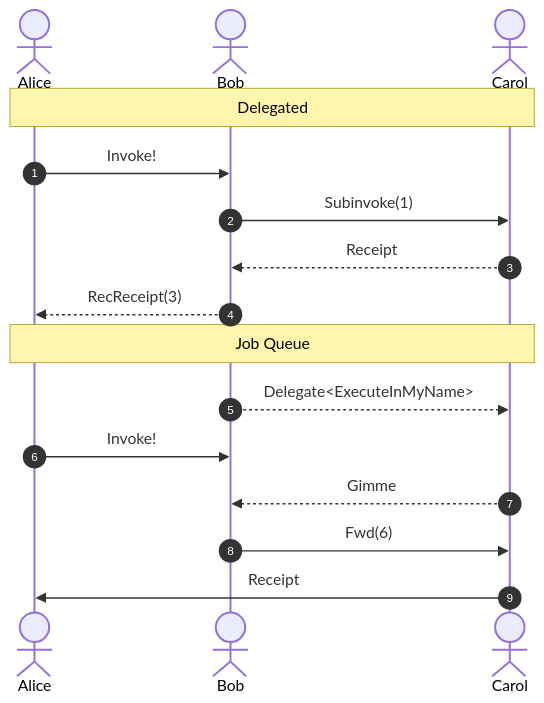
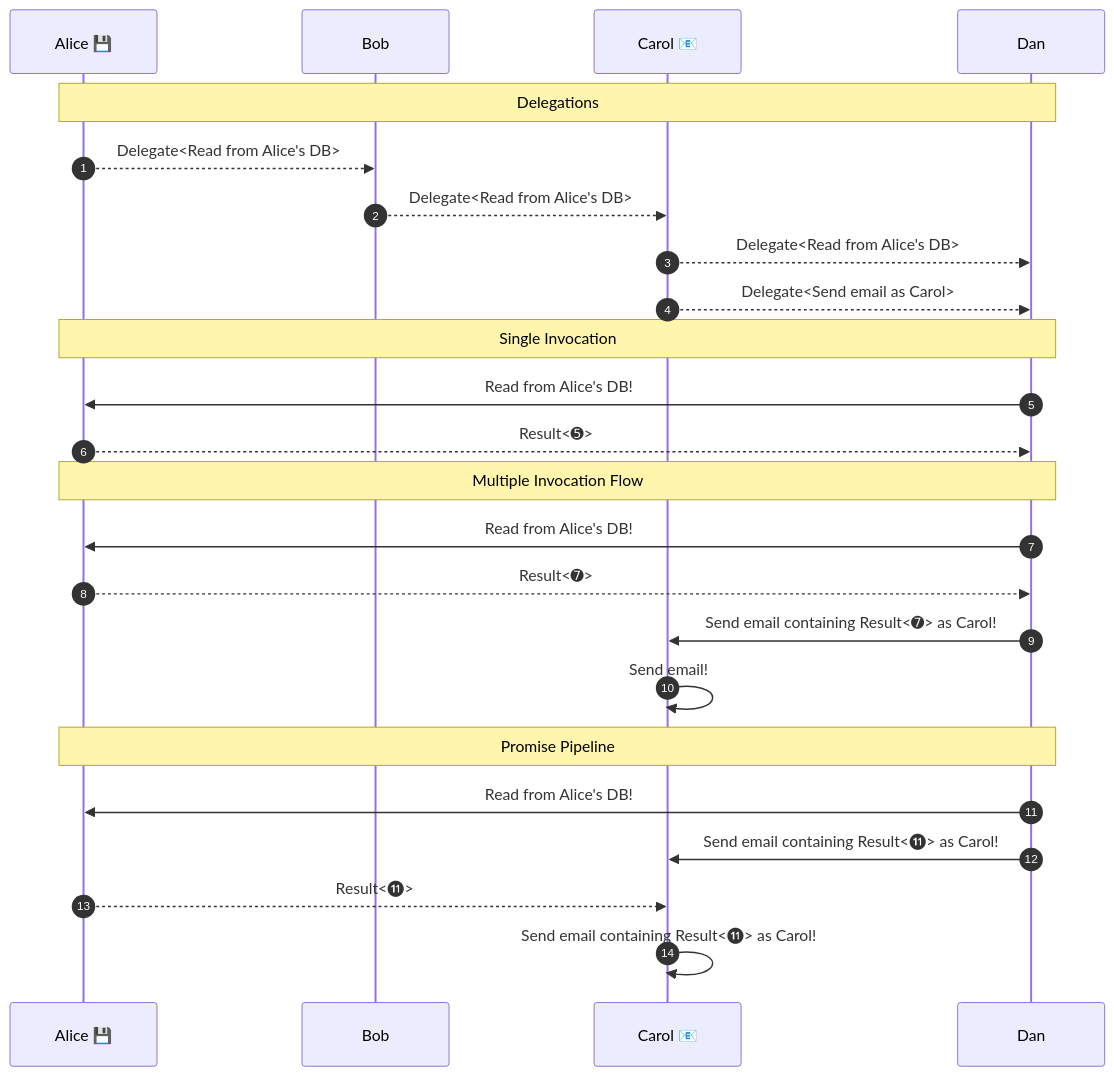
One commit to ucan-wg/promise changed the diagram in README.md. Above: the diagram before and after it, drawn with Mermaid. The commit also changed other lines of this file, not shown here.

Commit message:
Add diagram

````diff
--- a/README.md
+++ b/README.md
@@ -362,21 +62,31 @@
-```mermaid
+``` mermaid
 sequenceDiagram
-    actor Alice
-    actor Bob
-    actor Carol
+    participant Alice 💾
+    participant Bob
+    participant Carol 📧
+    participant Dan
 
     autonumber
 
-    Note over Alice, Carol: Delegated
-    Alice ->> Bob: Invoke!
-    Bob ->> Carol: Subinvoke(1)
-    Carol -->> Bob: Receipt
-    Bob -->> Alice: RecReceipt(3)
+    Note over Alice 💾, Dan: Delegations
+        Alice 💾 -->> Bob:      Delegate<Read from Alice's DB>
+        Bob      -->> Carol 📧: Delegate<Read from Alice's DB>
+        Carol 📧 -->> Dan:      Delegate<Read from Alice's DB>
+        Carol 📧 -->> Dan:      Delegate<Send email as Carol>
 
-    Note over Alice, Carol: Job Queue
-    Bob -->> Carol: Delegate<ExecuteInMyName>
-    Alice ->> Bob: Invoke!
-    Carol -->> Bob: Gimme
-    Bob ->> Carol: Fwd(6)
-    Carol ->> Alice: Receipt
-  ```
+    Note over Alice 💾, Dan: Single Invocation
+        Dan      ->>  Alice 💾: Read from Alice's DB!
+        Alice 💾 -->> Dan:      Result<➎>
+
+    Note over Alice 💾, Dan: Multiple Invocation Flow
+        Dan      ->>  Alice 💾: Read from Alice's DB!
+        Alice 💾 -->> Dan:      Result<➐>
+        Dan      ->>  Carol 📧: Send email containing Result<➐> as Carol!
+        Carol 📧 ->>  Carol 📧: Send email!
+
+    Note over Alice 💾, Dan: Promise Pipeline
+        Dan      ->>  Alice 💾: Read from Alice's DB!
+        Dan      ->>  Carol 📧: Send email containing Result<⓫> as Carol!
+        Alice 💾 -->> Carol 📧: Result<⓫>
+        Carol 📧 ->>  Carol 📧: Send email containing Result<⓫> as Carol!
+```
````
